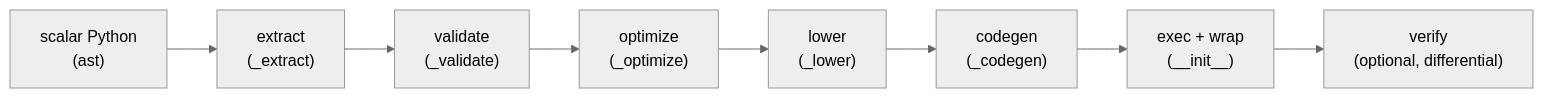
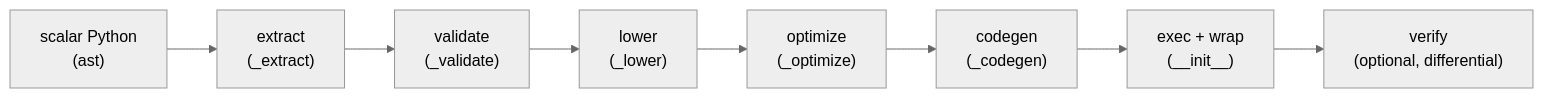
Before and after one commit to grAItools/array-vectorize: the diagram in docs/architecture.md, drawn with Mermaid (neutral theme). The commit also changed 1 other file, not shown here.

Commit message:
phase 0: restructure plan document + fix architecture docs pipeline order (lower before optimize)

````diff
--- a/docs/architecture.md
+++ b/docs/architecture.md
@@ -6,10 +6,10 @@
 ```mermaid
 flowchart LR
     A["scalar Python\n(ast)"] --> B["extract\n(_extract)"]
     B --> C["validate\n(_validate)"]
-    C --> D["optimize\n(_optimize)"]
-    D --> E["lower\n(_lower)"]
+    C --> D["lower\n(_lower)"]
+    D --> E["optimize\n(_optimize)"]
     E --> F["codegen\n(_codegen)"]
     F --> G["exec + wrap\n(__init__)"]
     G --> H["verify\n(optional, differential)"]
 ```
````
